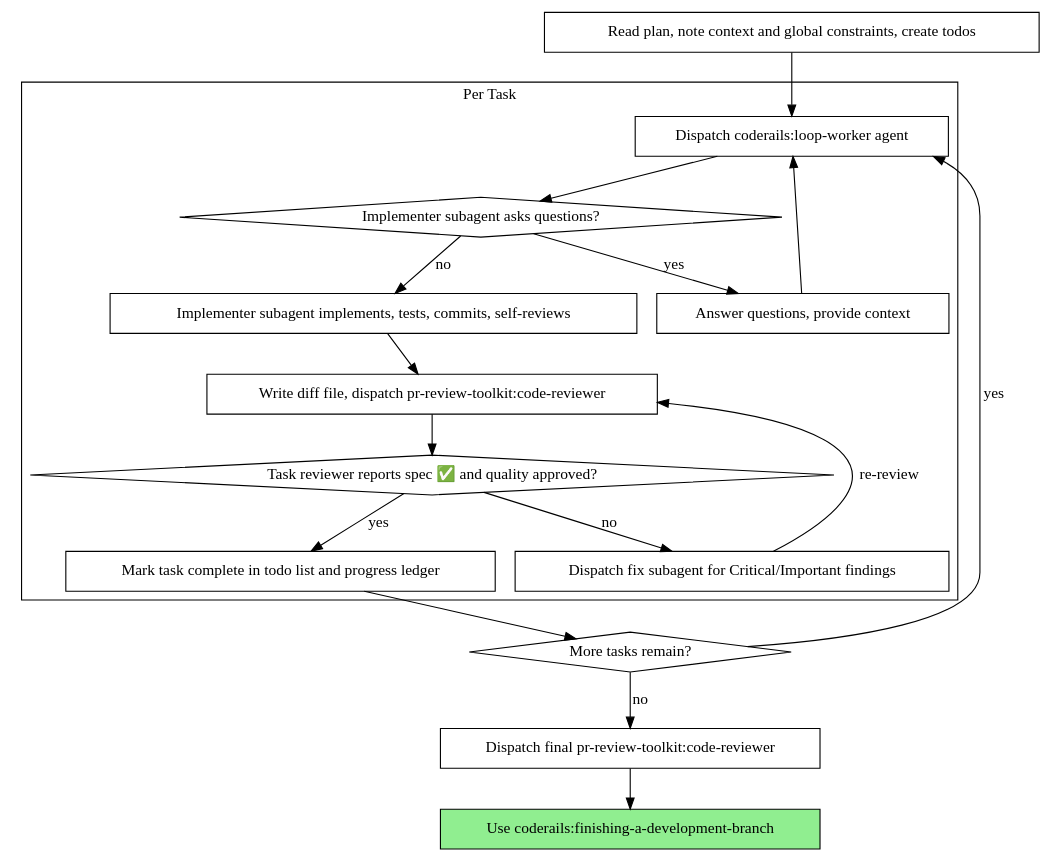
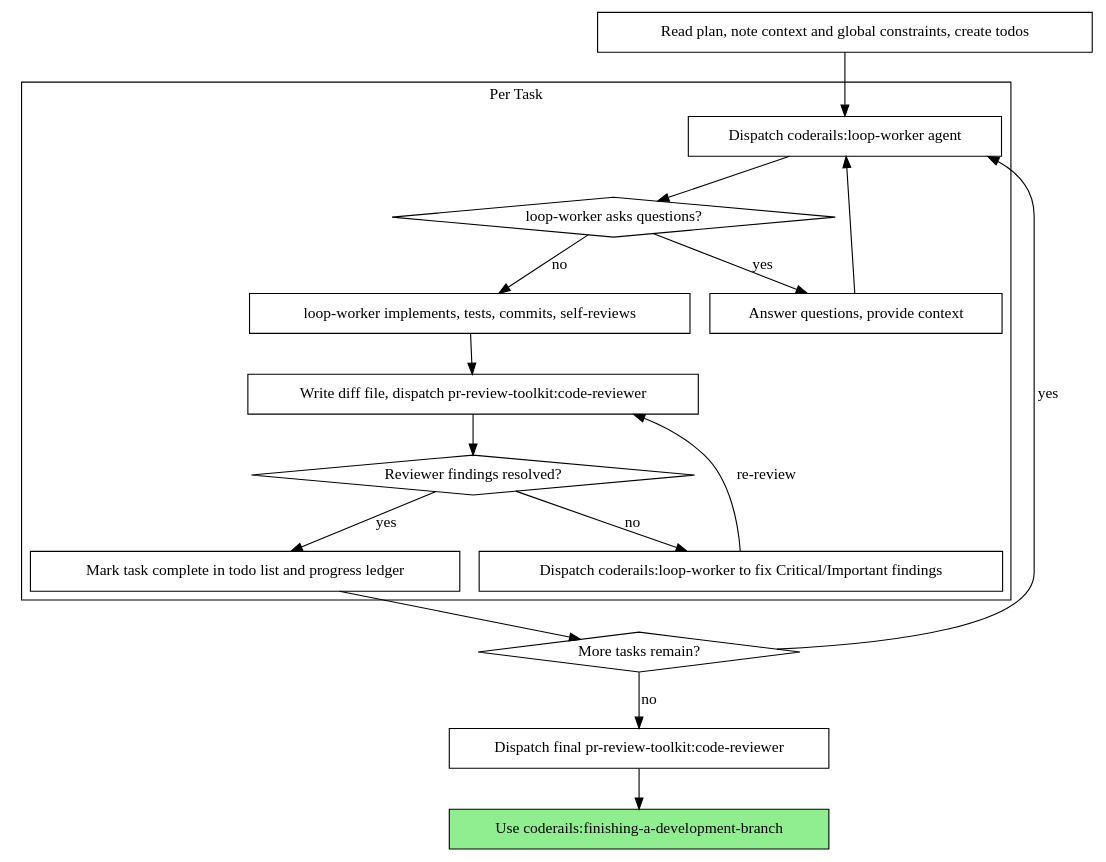
The second of 2 diagrams in skills/subagent-driven-development/SKILL.md (blueman82/coderails), drawn with Graphviz before and after one commit. The commit also changed 1 other file, not shown here.

First paragraph of the commit message:
Address PR review: honest tool-enforcement claims, stale counts, restored trigger guard
Two Critical findings from independent review, both real:

````diff
--- a/skills/subagent-driven-development/SKILL.md
+++ b/skills/subagent-driven-development/SKILL.md
@@ -47,37 +47,37 @@
 ```dot
 digraph process {
     rankdir=TB;
 
     subgraph cluster_per_task {
         label="Per Task";
         "Dispatch coderails:loop-worker agent" [shape=box];
-        "Implementer subagent asks questions?" [shape=diamond];
+        "loop-worker asks questions?" [shape=diamond];
         "Answer questions, provide context" [shape=box];
-        "Implementer subagent implements, tests, commits, self-reviews" [shape=box];
+        "loop-worker implements, tests, commits, self-reviews" [shape=box];
         "Write diff file, dispatch pr-review-toolkit:code-reviewer" [shape=box];
-        "Task reviewer reports spec ✅ and quality approved?" [shape=diamond];
-        "Dispatch fix subagent for Critical/Important findings" [shape=box];
+        "Reviewer findings resolved?" [shape=diamond];
+        "Dispatch coderails:loop-worker to fix Critical/Important findings" [shape=box];
         "Mark task complete in todo list and progress ledger" [shape=box];
     }
 
     "Read plan, note context and global constraints, create todos" [shape=box];
     "More tasks remain?" [shape=diamond];
     "Dispatch final pr-review-toolkit:code-reviewer" [shape=box];
     "Use coderails:finishing-a-development-branch" [shape=box style=filled fillcolor=lightgreen];
 
     "Read plan, note context and global constraints, create todos" -> "Dispatch coderails:loop-worker agent";
-    "Dispatch coderails:loop-worker agent" -> "Implementer subagent asks questions?";
-    "Implementer subagent asks questions?" -> "Answer questions, provide context" [label="yes"];
+    "Dispatch coderails:loop-worker agent" -> "loop-worker asks questions?";
+    "loop-worker asks questions?" -> "Answer questions, provide context" [label="yes"];
     "Answer questions, provide context" -> "Dispatch coderails:loop-worker agent";
-    "Implementer subagent asks questions?" -> "Implementer subagent implements, tests, commits, self-reviews" [label="no"];
-    "Implementer subagent implements, tests, commits, self-reviews" -> "Write diff file, dispatch pr-review-toolkit:code-reviewer";
-    "Write diff file, dispatch pr-review-toolkit:code-reviewer" -> "Task reviewer reports spec ✅ and quality approved?";
-    "Task reviewer reports spec ✅ and quality approved?" -> "Dispatch fix subagent for Critical/Important findings" [label="no"];
-    "Dispatch fix subagent for Critical/Important findings" -> "Write diff file, dispatch pr-review-toolkit:code-reviewer" [label="re-review"];
-    "Task reviewer reports spec ✅ and quality approved?" -> "Mark task complete in todo list and progress ledger" [label="yes"];
+    "loop-worker asks questions?" -> "loop-worker implements, tests, commits, self-reviews" [label="no"];
+    "loop-worker implements, tests, commits, self-reviews" -> "Write diff file, dispatch pr-review-toolkit:code-reviewer";
+    "Write diff file, dispatch pr-review-toolkit:code-reviewer" -> "Reviewer findings resolved?";
+    "Reviewer findings resolved?" -> "Dispatch coderails:loop-worker to fix Critical/Important findings" [label="no"];
+    "Dispatch coderails:loop-worker to fix Critical/Important findings" -> "Write diff file, dispatch pr-review-toolkit:code-reviewer" [label="re-review"];
+    "Reviewer findings resolved?" -> "Mark task complete in todo list and progress ledger" [label="yes"];
     "Mark task complete in todo list and progress ledger" -> "More tasks remain?";
     "More tasks remain?" -> "Dispatch coderails:loop-worker agent" [label="yes"];
     "More tasks remain?" -> "Dispatch final pr-review-toolkit:code-reviewer" [label="no"];
     "Dispatch final pr-review-toolkit:code-reviewer" -> "Use coderails:finishing-a-development-branch";
 }
 ```
````
